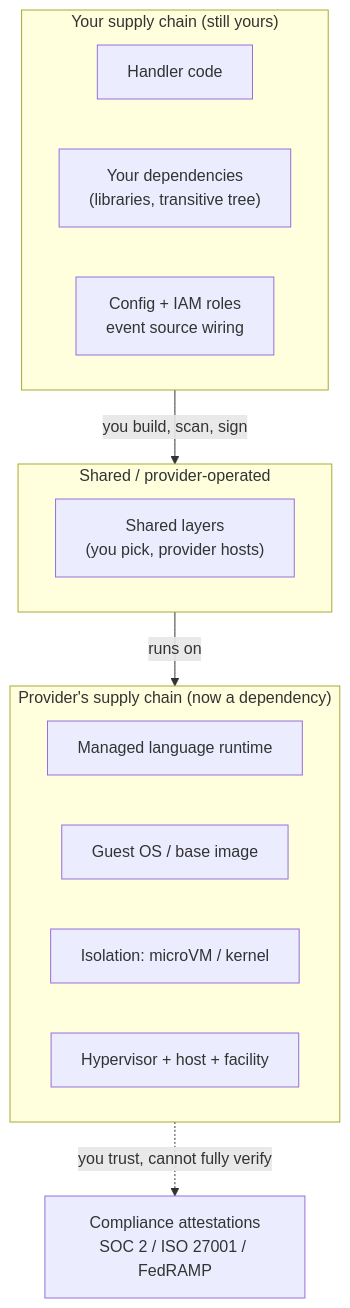
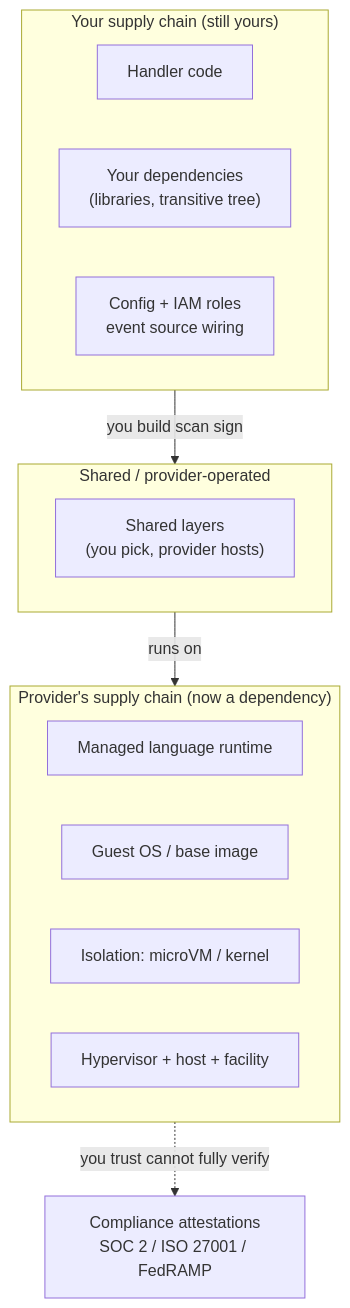
One commit to bumbsclaw/textbooks changed the first of 7 diagrams in book-06-cloud-native/ch09-serverless-managed.md. Above: the diagram before and after it, drawn with Mermaid. The commit also changed other lines of this file and 173 other files, not shown here.

First line of the commit message:
fix(mermaid): close note brackets, semicolons in Notes, stateDiagram br -> dash, edge parens

````diff
--- a/book-06-cloud-native/ch09-serverless-managed.md
+++ b/book-06-cloud-native/ch09-serverless-managed.md
@@ -64,20 +64,20 @@
 ```mermaid
 flowchart TB
   subgraph YOURS["Your supply chain (still yours)"]
     CODE["Handler code"]
     DEPS["Your dependencies<br/>(libraries, transitive tree)"]
     CFG["Config + IAM roles<br/>event source wiring"]
   end
   subgraph SHARED["Shared / provider-operated"]
     LAYER["Shared layers<br/>(you pick, provider hosts)"]
   end
   subgraph PROVIDER["Provider's supply chain (now a dependency)"]
     RT["Managed language runtime"]
     OS["Guest OS / base image"]
     MICROVM["Isolation: microVM / kernel"]
     HV["Hypervisor + host + facility"]
   end
-  YOURS -->|"you build, scan, sign"| SHARED
+  YOURS -->|"you build scan sign"| SHARED
   SHARED -->|"runs on"| PROVIDER
-  PROVIDER -.->|"you trust, cannot fully verify"| ATTEST["Compliance attestations<br/>SOC 2 / ISO 27001 / FedRAMP"]
+  PROVIDER -.->|"you trust cannot fully verify"| ATTEST["Compliance attestations<br/>SOC 2 / ISO 27001 / FedRAMP"]
 ```
````
